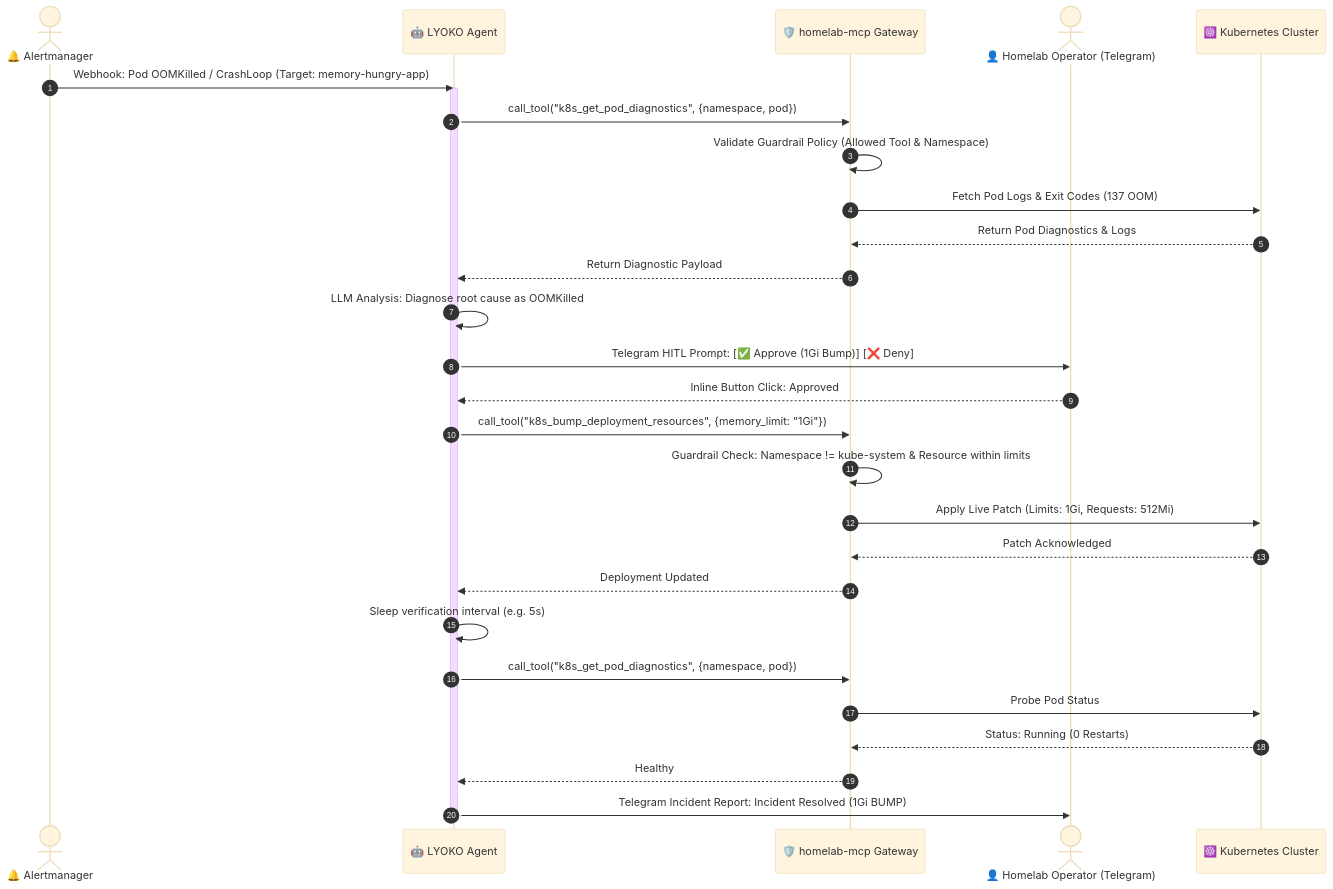
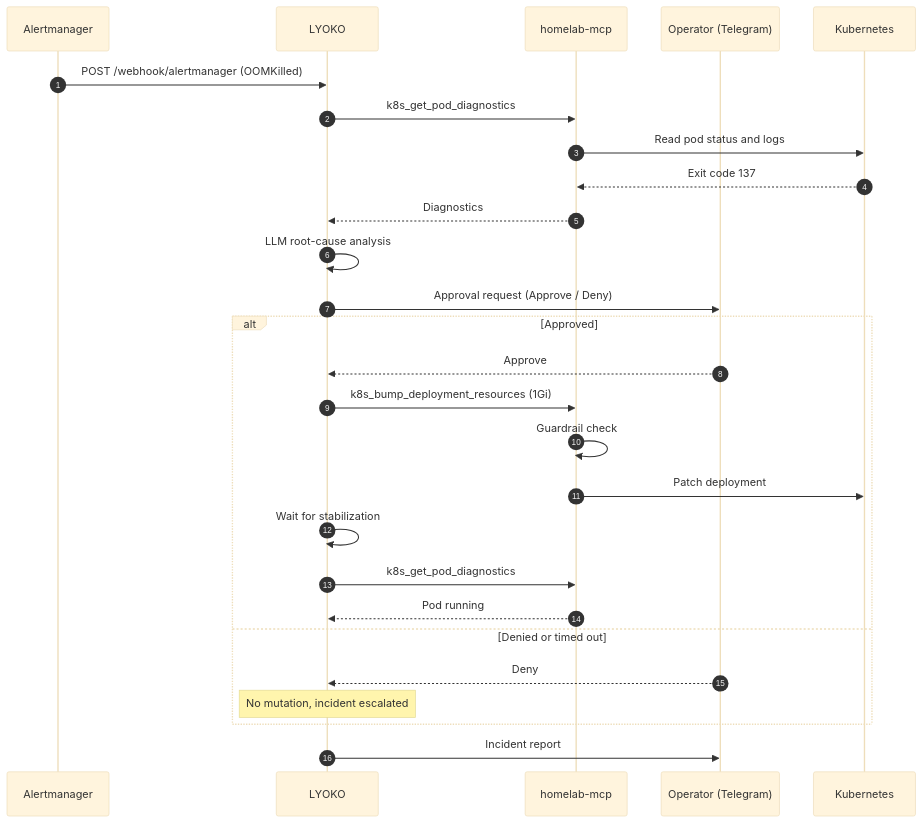
One commit to csp33/homelab-ai-ops changed the second of 2 diagrams in README.md. Above: the diagram before and after it, drawn with Mermaid (base theme). The commit also changed other lines of this file and 2 other files, not shown here.

Commit message:
docs: redesign README diagrams and align them with the code

````diff
--- a/README.md
+++ b/README.md
@@ -77,36 +72,32 @@
 ```mermaid
 sequenceDiagram
     autonumber
-    actor Alertmanager as 🔔 Alertmanager
-    participant LYOKO as 🤖 LYOKO Agent
-    participant Gateway as 🛡️ homelab-mcp Gateway
-    actor Operator as 👤 Homelab Operator (Telegram)
-    participant K8s as ☸️ Kubernetes Cluster
+    participant AM as Alertmanager
+    participant L as LYOKO
+    participant G as homelab-mcp
+    participant O as Operator (Telegram)
+    participant K as Kubernetes
 
-    Alertmanager->>LYOKO: Webhook: Pod OOMKilled / CrashLoop (Target: memory-hungry-app)
-    activate LYOKO
-    LYOKO->>Gateway: call_tool("k8s_get_pod_diagnostics", {namespace, pod})
-    Gateway->>Gateway: Validate Guardrail Policy (Allowed Tool & Namespace)
-    Gateway->>K8s: Fetch Pod Logs & Exit Codes (137 OOM)
-    K8s-->>Gateway: Return Pod Diagnostics & Logs
-    Gateway-->>LYOKO: Return Diagnostic Payload
-    
-    LYOKO->>LYOKO: LLM Analysis: Diagnose root cause as OOMKilled
-    LYOKO->>Operator: Telegram HITL Prompt: [✅ Approve (1Gi Bump)] [❌ Deny]
-    Operator-->>LYOKO: Inline Button Click: Approved
-    LYOKO->>Gateway: call_tool("k8s_bump_deployment_resources", {memory_limit: "1Gi"})
-    Gateway->>Gateway: Guardrail Check: Namespace != kube-system & Resource within limits
-    Gateway->>K8s: Apply Live Patch (Limits: 1Gi, Requests: 512Mi)
-    K8s-->>Gateway: Patch Acknowledged
-    Gateway-->>LYOKO: Deployment Updated
+    AM->>L: POST /webhook/alertmanager (OOMKilled)
+    L->>G: k8s_get_pod_diagnostics
+    G->>K: Read pod status and logs
+    K-->>G: Exit code 137
+    G-->>L: Diagnostics
+    L->>L: LLM root-cause analysis
+    L->>O: Approval request (Approve / Deny)
 
-    LYOKO->>LYOKO: Sleep verification interval (e.g. 5s)
-    LYOKO->>Gateway: call_tool("k8s_get_pod_diagnostics", {namespace, pod})
-    Gateway->>K8s: Probe Pod Status
-    K8s-->>Gateway: Status: Running (0 Restarts)
-    Gateway-->>LYOKO: Healthy
+    alt Approved
+        O-->>L: Approve
+        L->>G: k8s_bump_deployment_resources (1Gi)
+        G->>G: Guardrail check
+        G->>K: Patch deployment
+        L->>L: Wait for stabilization
+        L->>G: k8s_get_pod_diagnostics
+        G-->>L: Pod running
+    else Denied or timed out
+        O-->>L: Deny
+        Note over L: No mutation, incident escalated
+    end
 
-    LYOKO->>Operator: Telegram Incident Report: Incident Resolved (1Gi BUMP)
-    deactivate LYOKO
-
+    L->>O: Incident report
 ```
````
